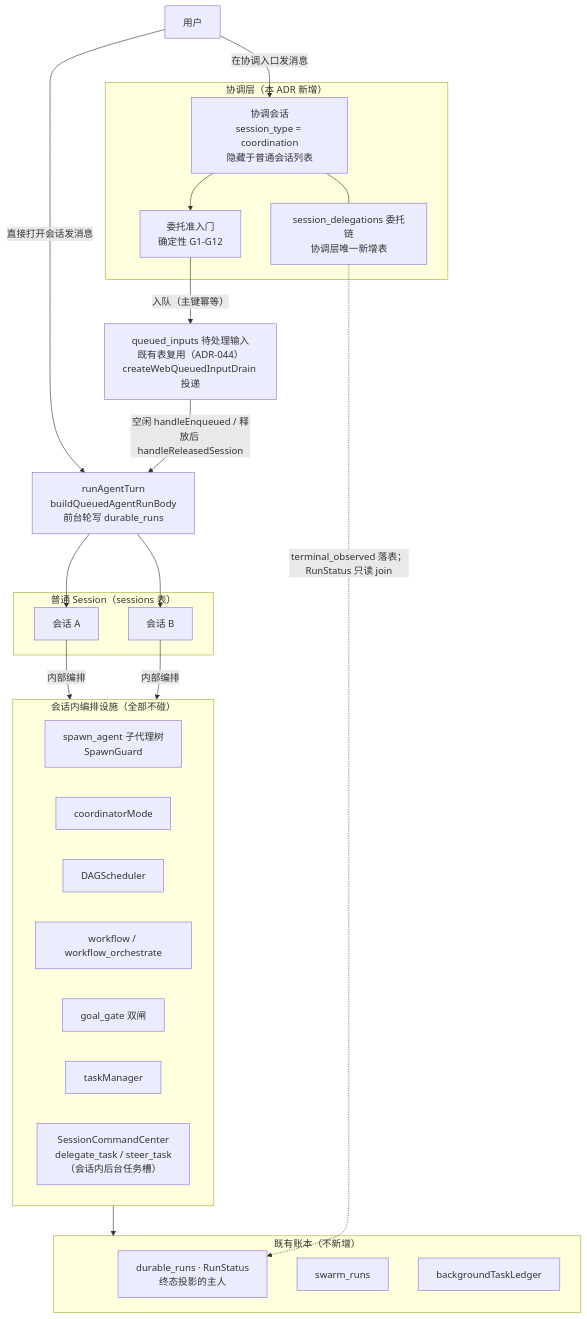
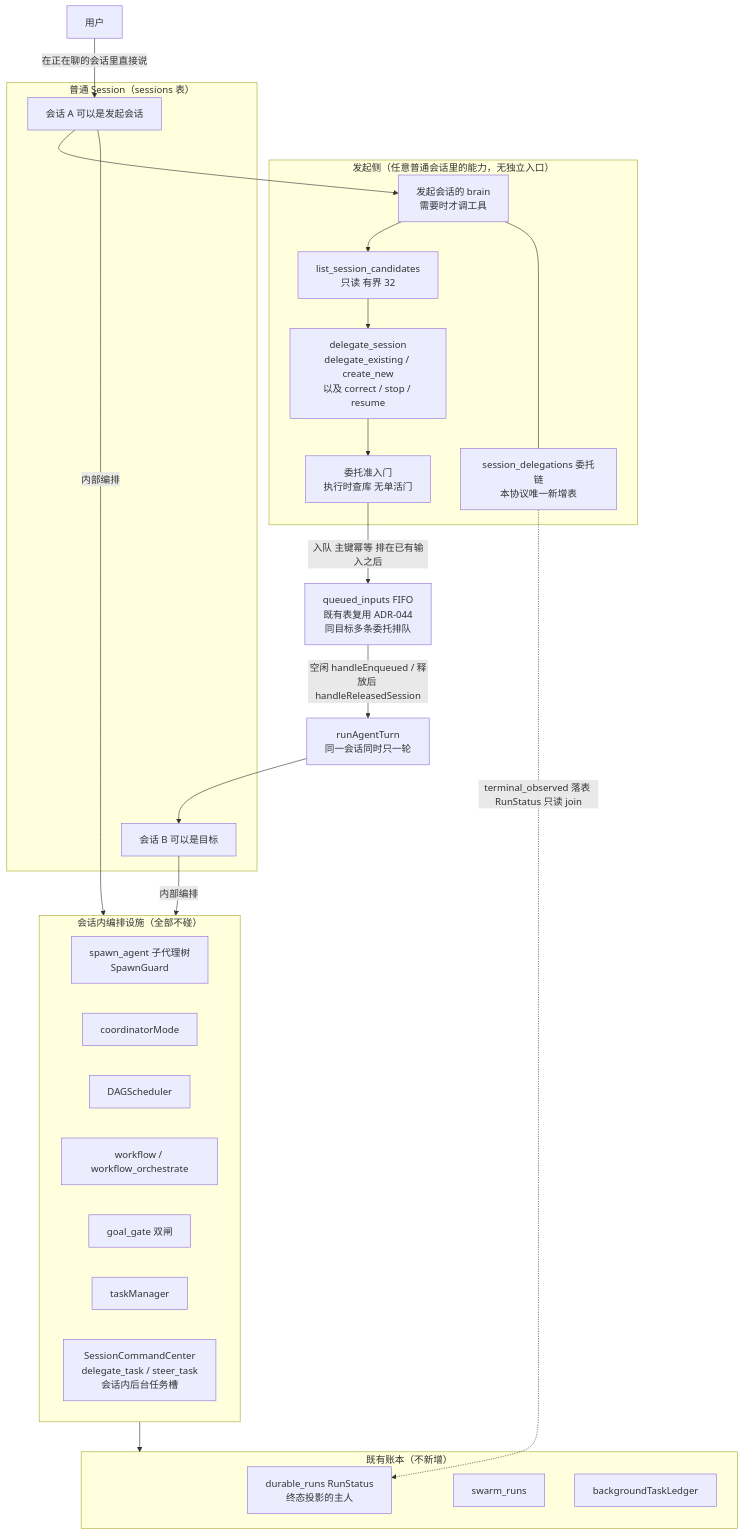
One commit to baochipham942-eng/code-agent changed the third of 3 diagrams in docs/architecture/decisions/ADR-072-cross-session-coordination.md. Above: the diagram before and after it, drawn with Mermaid. The commit also changed other lines of this file, not shown here.

First line of the commit message:
docs/workhub adr r4 (#2059)

````diff
--- a/docs/architecture/decisions/ADR-072-cross-session-coordination.md
+++ b/docs/architecture/decisions/ADR-072-cross-session-coordination.md
@@ -125,46 +130,49 @@
 ```mermaid
 flowchart TB
     U[用户]
 
-    subgraph COORD["协调层（本 ADR 新增）"]
-        CS[协调会话<br>session_type = coordination<br>隐藏于普通会话列表]
-        GATE[委托准入门<br>确定性 G1-G12]
-        DG[session_delegations 委托链<br>协调层唯一新增表]
+    subgraph ORIGIN["发起侧（任意普通会话里的能力，无独立入口）"]
+        BRAIN[发起会话的 brain<br>需要时才调工具]
+        LIST[list_session_candidates<br>只读 有界 32]
+        TOOL[delegate_session<br>delegate_existing / create_new<br>以及 correct / stop / resume]
+        GATE[委托准入门<br>执行时查库 无单活门]
+        DG[session_delegations 委托链<br>本协议唯一新增表]
     end
 
-    QI[queued_inputs 待处理输入<br>既有表复用（ADR-044）<br>createWebQueuedInputDrain 投递]
-    RUN[runAgentTurn<br>buildQueuedAgentRunBody<br>前台轮写 durable_runs]
+    QI[queued_inputs FIFO<br>既有表复用 ADR-044<br>同目标多条委托排队]
+    RUN[runAgentTurn<br>同一会话同时只一轮]
 
     subgraph SESSIONS["普通 Session（sessions 表）"]
-        SA[会话 A]
-        SB[会话 B]
+        SA[会话 A 可以是发起会话]
+        SB[会话 B 可以是目标]
     end
 
     subgraph INSESSION["会话内编排设施（全部不碰）"]
         SP[spawn_agent 子代理树<br>SpawnGuard]
         CM[coordinatorMode]
         DAG[DAGScheduler]
         WF[workflow / workflow_orchestrate]
         GG[goal_gate 双闸]
         TM[taskManager]
-        SCC[SessionCommandCenter<br>delegate_task / steer_task<br>（会话内后台任务槽）]
+        SCC[SessionCommandCenter<br>delegate_task / steer_task<br>会话内后台任务槽]
     end
 
     subgraph LEDGER["既有账本（不新增）"]
-        DR[durable_runs · RunStatus<br>终态投影的主人]
+        DR[durable_runs RunStatus<br>终态投影的主人]
         SR[swarm_runs]
         BL[backgroundTaskLedger]
     end
 
-    U -->|直接打开会话发消息| RUN
-    U -->|在协调入口发消息| CS
-    CS --> GATE
-    GATE -->|入队（主键幂等）| QI
+    U -->|在正在聊的会话里直接说| SA
+    SA --> BRAIN
+    BRAIN --> LIST
+    LIST --> TOOL
+    TOOL --> GATE
+    GATE -->|入队 主键幂等 排在已有输入之后| QI
     QI -->|空闲 handleEnqueued / 释放后 handleReleasedSession| RUN
-    CS --- DG
-    DG -.->|terminal_observed 落表；RunStatus 只读 join| DR
-    RUN --> SA
+    BRAIN --- DG
+    DG -.->|terminal_observed 落表 RunStatus 只读 join| DR
     RUN --> SB
     SA & SB -->|内部编排| INSESSION
     INSESSION --> LEDGER
 ```
````
